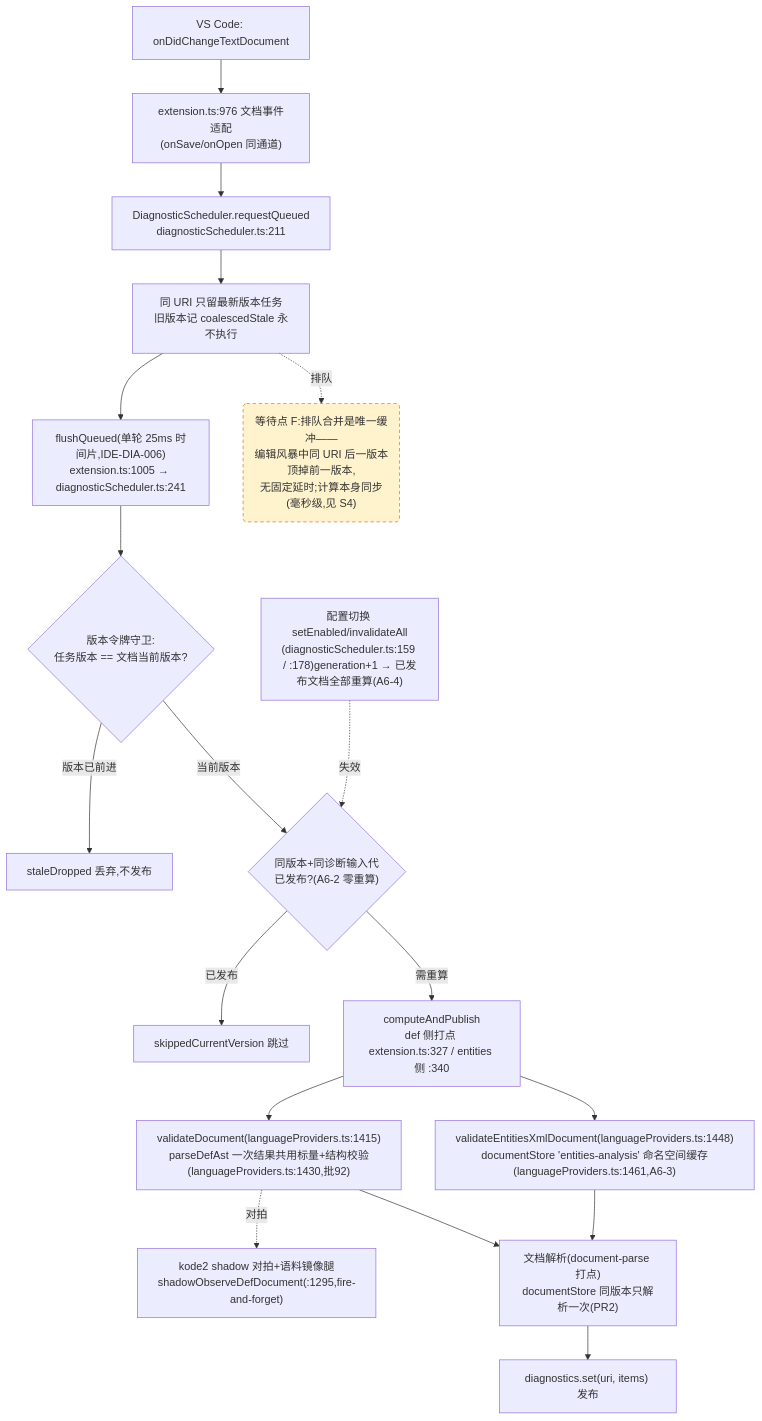
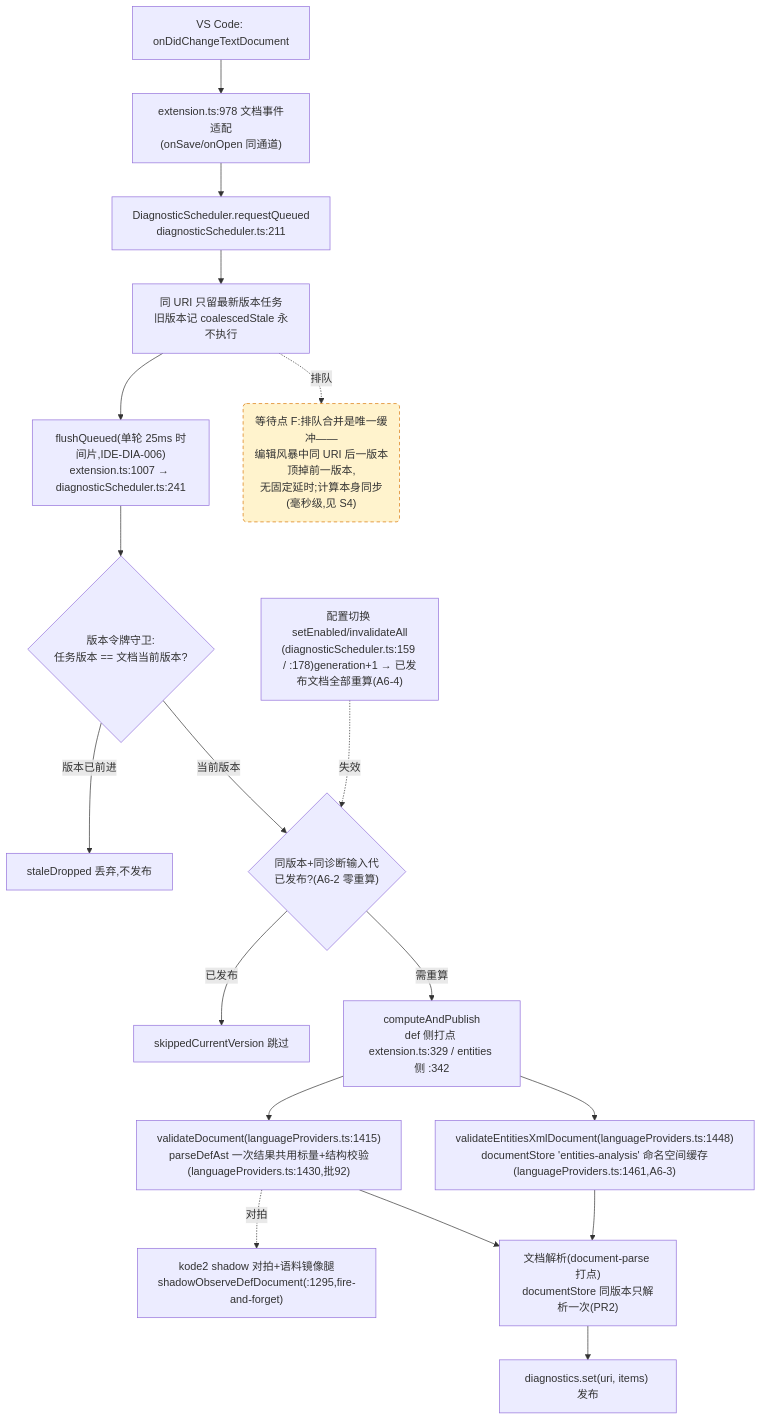
One commit to cuihairu/kode changed the fourth of 4 diagrams in docs/perf/2026-baseline.md. Above: the diagram before and after it, drawn with Mermaid. The commit also changed other lines of this file and 6 other files, not shown here.

````diff
--- a/docs/perf/2026-baseline.md
+++ b/docs/perf/2026-baseline.md
@@ -214,38 +214,38 @@
 ```mermaid
 flowchart TD
   CHG["VS Code: onDidChangeTextDocument"]
-  WATCH["extension.ts:976 文档事件适配<br/>(onSave/onOpen 同通道)"]
+  WATCH["extension.ts:978 文档事件适配<br/>(onSave/onOpen 同通道)"]
   RQ["DiagnosticScheduler.requestQueued<br/>diagnosticScheduler.ts:211"]
   CO["同 URI 只留最新版本任务<br/>旧版本记 coalescedStale 永不执行"]
-  FL["flushQueued(单轮 25ms 时间片,IDE-DIA-006)<br/>extension.ts:1005 → diagnosticScheduler.ts:241"]
+  FL["flushQueued(单轮 25ms 时间片,IDE-DIA-006)<br/>extension.ts:1007 → diagnosticScheduler.ts:241"]
   VG{"版本令牌守卫:<br/>任务版本 == 文档当前版本?"}
   DROP["staleDropped 丢弃,不发布"]
   GEN{"同版本+同诊断输入代<br/>已发布?(A6-2 零重算)"}
   SKIP["skippedCurrentVersion 跳过"]
-  CALC["computeAndPublish<br/>def 侧打点 extension.ts:327 / entities 侧 :340"]
+  CALC["computeAndPublish<br/>def 侧打点 extension.ts:329 / entities 侧 :342"]
   VD["validateDocument(languageProviders.ts:1415)<br/>parseDefAst 一次结果共用标量+结构校验(languageProviders.ts:1430,批92)"]
   VEX["validateEntitiesXmlDocument(languageProviders.ts:1448)<br/>documentStore 'entities-analysis' 命名空间缓存(languageProviders.ts:1461,A6-3)"]
   SHDD["kode2 shadow 对拍+语料镜像腿<br/>shadowObserveDefDocument(:1295,fire-and-forget)"]
   DS["文档解析(document-parse 打点)<br/>documentStore 同版本只解析一次(PR2)"]
   PUB["diagnostics.set(uri, items) 发布"]
   CFG2["配置切换 setEnabled/invalidateAll<br/>(diagnosticScheduler.ts:159 / :178)generation+1 → 已发布文档全部重算(A6-4)"]
 
   CHG --> WATCH --> RQ --> CO --> FL --> VG
   VG -- "版本已前进" --> DROP
   VG -- "当前版本" --> GEN
   GEN -- "已发布" --> SKIP
   GEN -- "需重算" --> CALC
   CALC --> VD
   CALC --> VEX
   VD --> DS
   VEX --> DS
   DS --> PUB
   VD -.->|对拍| SHDD
   CFG2 -.->|失效| GEN
 
   WAITF("等待点 F:排队合并是唯一缓冲——<br/>编辑风暴中同 URI 后一版本顶掉前一版本,<br/>无固定延时;计算本身同步(毫秒级,见 S4)")
   CO -.->|排队| WAITF
 
   classDef waitPoint fill:#fff3cd,stroke:#d97706,stroke-dasharray:5 4;
   class WAITF waitPoint;
 ```
````
